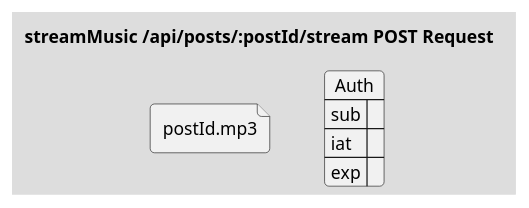
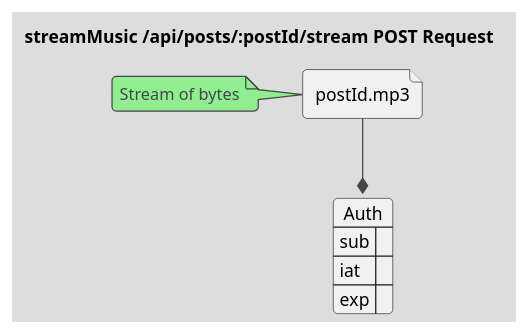
Before and after one commit to crah-app/diagrams: the first of 2 diagrams in api/src/Posts/:postId/stream/POST/streamMusic.puml, drawn with PlantUML. The commit also changed 16 other files, not shown here.

```diff
--- a/api/src/Posts/:postId/stream/POST/streamMusic.puml
+++ b/api/src/Posts/:postId/stream/POST/streamMusic.puml
@@ -1,12 +1,19 @@
 @startuml streamMusic-Request
 !theme toy
+skinparam linetype ortho
 title "streamMusic /api/posts/:postId/stream POST Request"
 
 file "postId.mp3"
+
+note left of "postId.mp3"
+    Stream of bytes
+end note
 
 json Auth {
     "sub": "",
     "iat": "",
     "exp": ""
 }
+
+"postId.mp3" --* Auth
 @enduml
```
